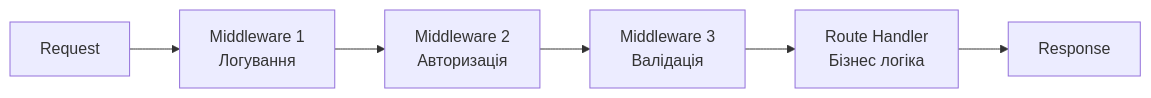
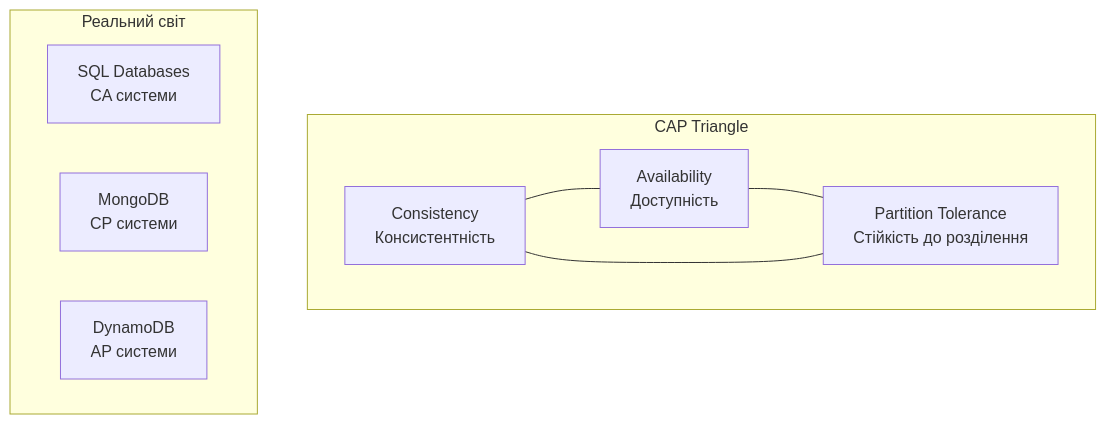
The second of 9 diagrams in docs/presentations/presentation-05.md (olroi421/course-web), drawn with Mermaid before and after one commit. The commit also changed other lines of this file, not shown here.

````diff
--- a/docs/presentations/presentation-05.md
+++ b/docs/presentations/presentation-05.md
@@ -95,9 +46,18 @@
 ```mermaid
-graph LR
-    A[Request] --> B[Middleware 1<br/>Логування]
-    B --> C[Middleware 2<br/>Авторизація]
-    C --> D[Middleware 3<br/>Валідація]
-    D --> E[Route Handler<br/>Бізнес логіка]
-    E --> F[Response]
+graph TB
+    subgraph "CAP Triangle"
+        C[Consistency<br/>Консистентність]
+        A[Availability<br/>Доступність]
+        P[Partition Tolerance<br/>Стійкість до розділення]
 
+        C --- A
+        A --- P
+        P --- C
+    end
+
+    subgraph "Реальний світ"
+        SQL[SQL Databases<br/>CA системи]
+        NoSQL1[MongoDB<br/>CP системи]
+        NoSQL2[DynamoDB<br/>AP системи]
+    end
 ```
````
